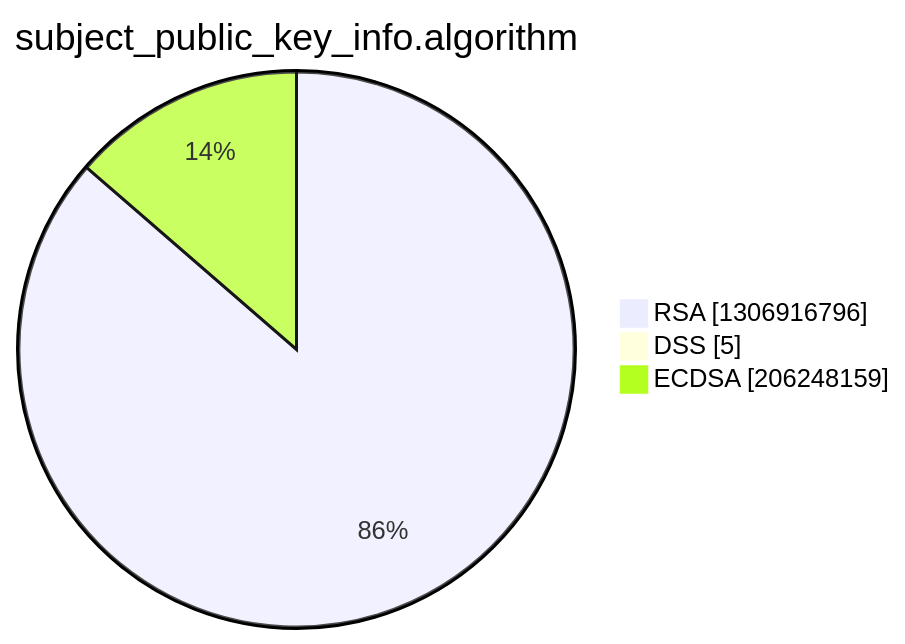
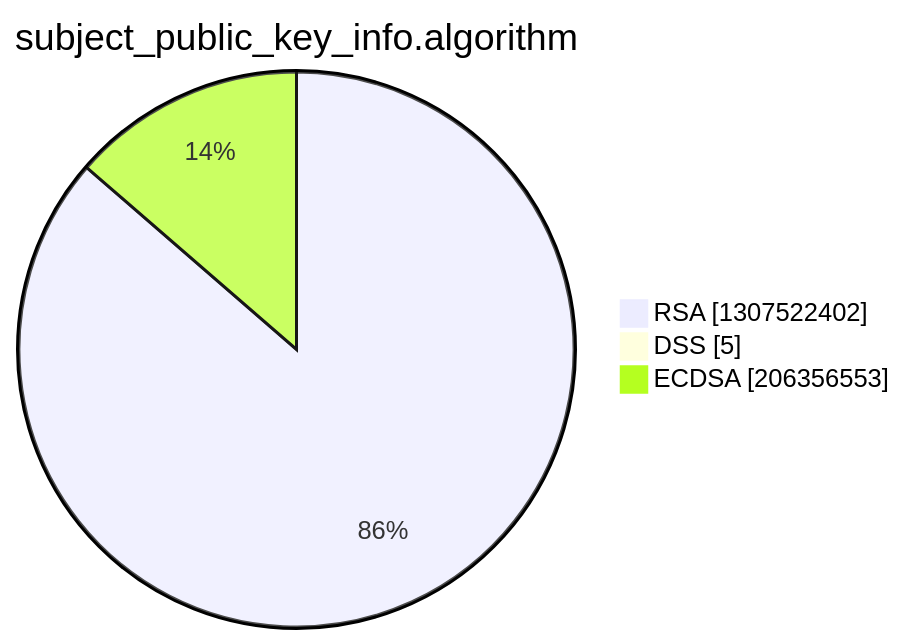
The third of 15 diagrams in argon2022/README.md (christiankrug/ctmonitor_visualization), drawn with Mermaid before and after one commit. The commit also changed other lines of this file, not shown here.

````diff
--- a/argon2022/README.md
+++ b/argon2022/README.md
@@ -14,7 +14,7 @@
 ```mermaid
 pie showData
 title subject_public_key_info.algorithm
-"RSA" :1306916796
+"RSA" :1307522402
 "DSS" :5
-"ECDSA" :206248159
+"ECDSA" :206356553
 ```
````
